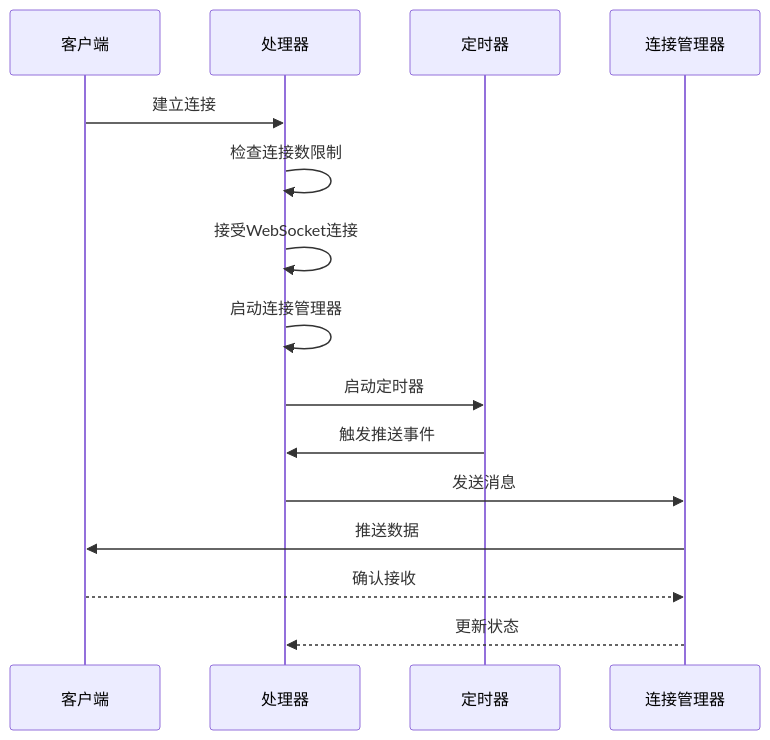
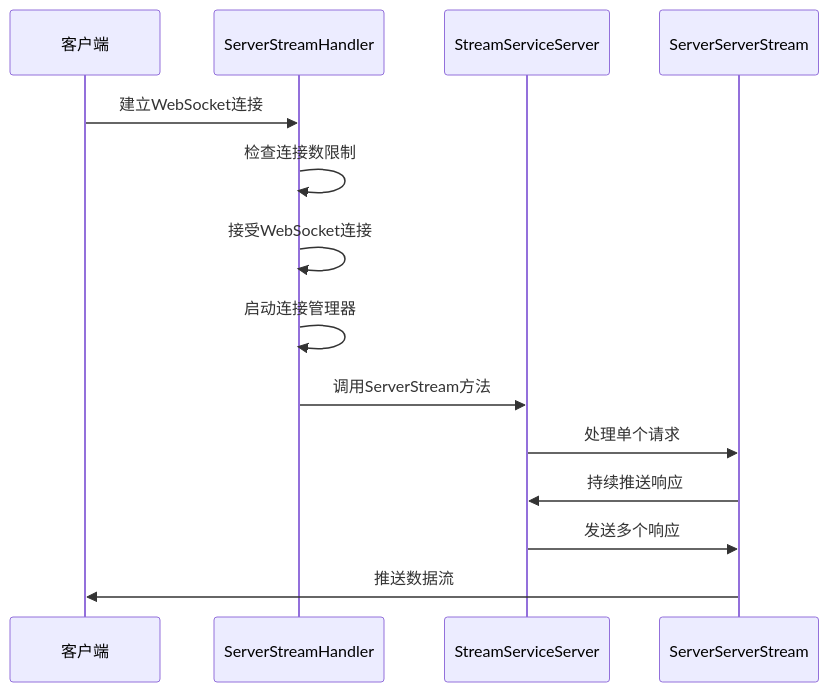
One commit to soyacen/goose changed diagram 13 of 15 in .agents/repowiki/zh/content/示例和最佳实践/WebSocket流式系统.md. Above: the diagram before and after it, drawn with Mermaid. The commit also changed other lines of this file and 4 other files, not shown here.

First line of the commit message:
Refactor stream service code: simplify request/response types and separate interfaces

````diff
--- a/.agents/repowiki/zh/content/示例和最佳实践/WebSocket流式系统.md
+++ b/.agents/repowiki/zh/content/示例和最佳实践/WebSocket流式系统.md
@@ -512,17 +512,16 @@
 ```mermaid
 sequenceDiagram
 participant Client as 客户端
-participant Handler as 处理器
-participant Timer as 定时器
-participant Conn as 连接管理器
-Client->>Handler : 建立连接
+participant Handler as ServerStreamHandler
+participant Service as StreamServiceServer
+participant Stream as ServerServerStream
+Client->>Handler : 建立WebSocket连接
 Handler->>Handler : 检查连接数限制
 Handler->>Handler : 接受WebSocket连接
 Handler->>Handler : 启动连接管理器
-Handler->>Timer : 启动定时器
-Timer->>Handler : 触发推送事件
-Handler->>Conn : 发送消息
-Conn->>Client : 推送数据
-Client-->>Conn : 确认接收
-Conn-->>Handler : 更新状态
+Handler->>Service : 调用ServerStream方法
+Service->>Stream : 处理单个请求
+Stream->>Service : 持续推送响应
+Service->>Stream : 发送多个响应
+Stream->>Client : 推送数据流
 ```
````
